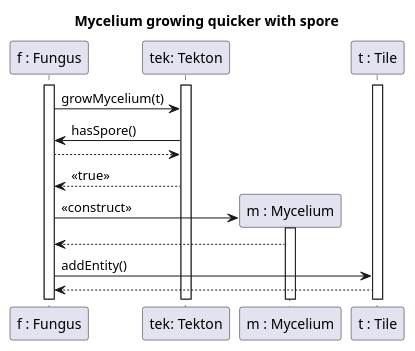
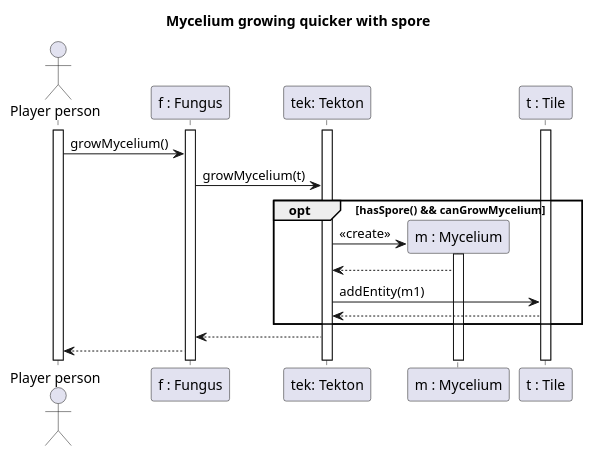
Before and after one commit to Harcipan/Projlab_nullpointerexception: the diagram in diagrams/diagramFiles/SQ_MyceliumGrowthWithSpore.puml, drawn with PlantUML. The commit also changed 10 other files, not shown here.

```diff
--- a/diagrams/diagramFiles/SQ_MyceliumGrowthWithSpore.puml
+++ b/diagrams/diagramFiles/SQ_MyceliumGrowthWithSpore.puml
@@ -1,27 +1,33 @@
 @startuml Fungus growth with spore
 
 title Mycelium growing quicker with spore
 
+actor "Player person" as Ac
 participant "f : Fungus" as F
 participant "tek: Tekton" as Tek
 participant "m : Mycelium" as M
 participant "t : Tile" as T
 
+activate Ac
 activate F
 activate T
 activate Tek
 
 
+Ac -> F : growMycelium()
+
 F->Tek : growMycelium(t)
-Tek -> F : hasSpore()
-F --> Tek 
-Tek --> F : <<true>>
-F -> M ** : <<construct>>
+opt hasSpore() && canGrowMycelium
+Tek -> M ** : <<create>>
 activate M
-M --> F
-F -> T : addEntity()
-T-->F
+M --> Tek
+Tek -> T : addEntity(m1)
+T-->Tek
+end
+Tek-->F
+
+F --> Ac
 
 
 
 @enduml
```
